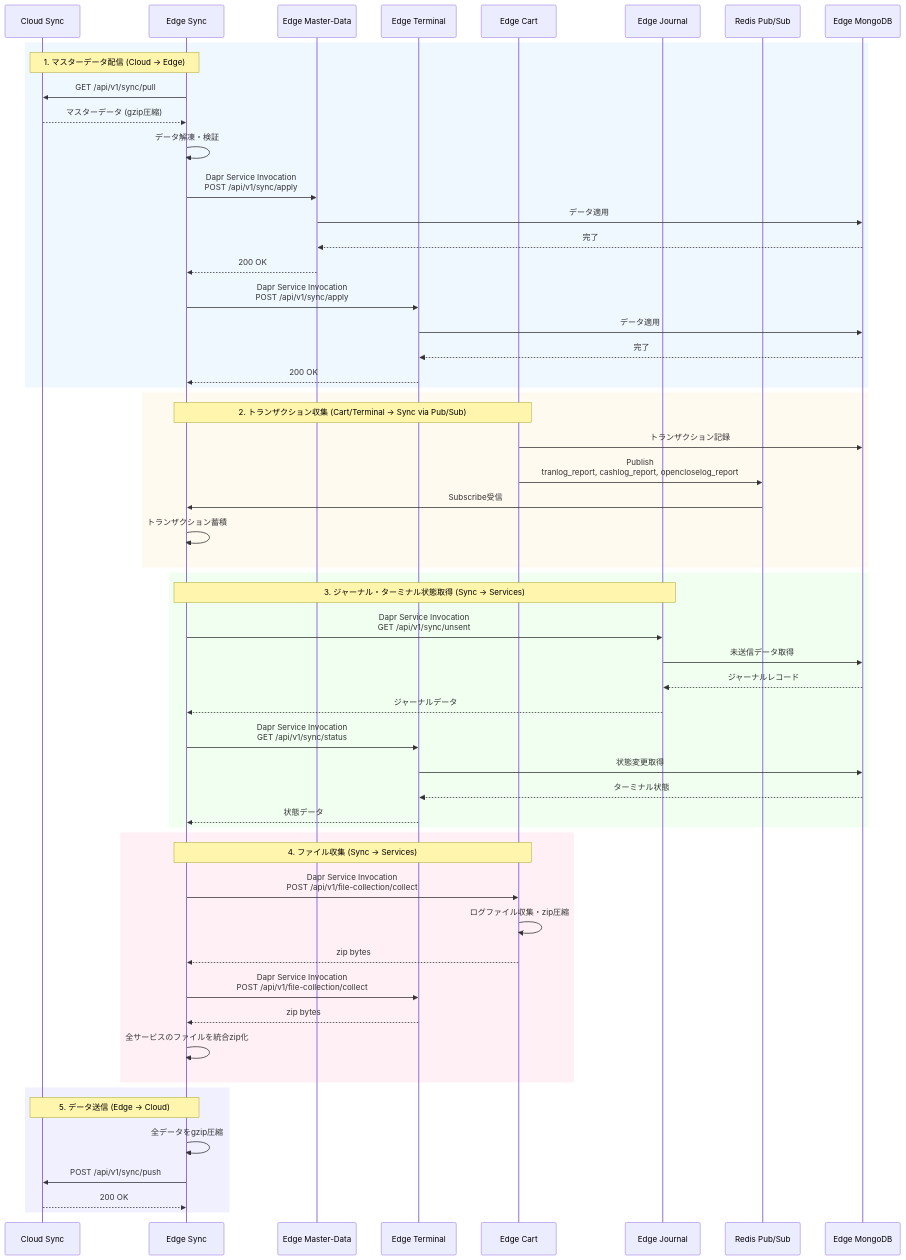
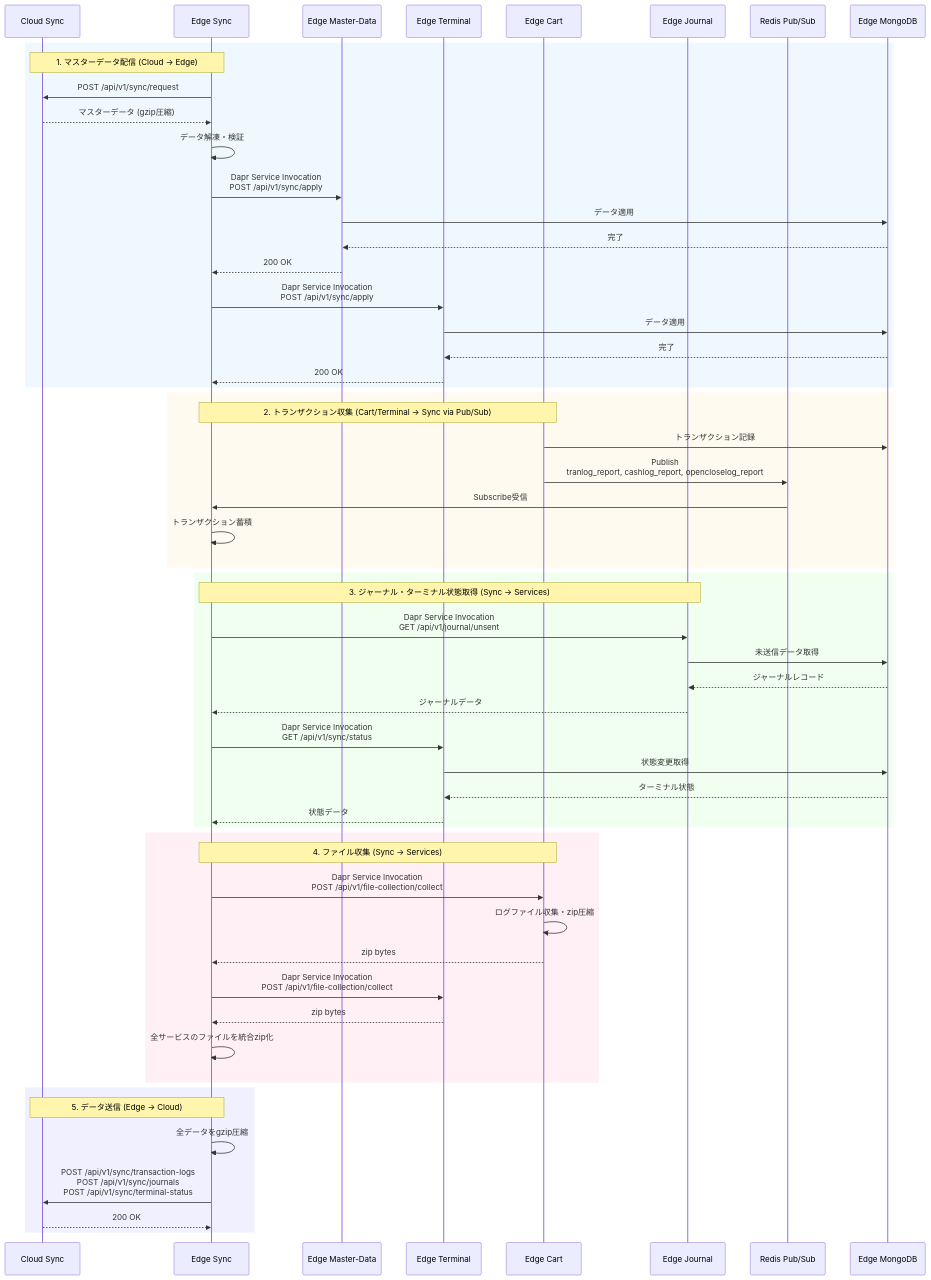
Diagram 27 of 32 in notes/1-sync/03_アーキテクチャー解説書.md (gaocuiping/kugelpos-stpos-docs-new), drawn with Mermaid before and after one commit. The commit also changed other lines of this file and 1 other file, not shown here.

First line of the commit message:
docs: Sync Serviceのエンドポイントをすべて/api/v1/syncプレフィックスに統一 #1

````diff
--- a/notes/1-sync/03_アーキテクチャー解説書.md
+++ b/notes/1-sync/03_アーキテクチャー解説書.md
@@ -1564,74 +1564,74 @@
 ```mermaid
 sequenceDiagram
     participant CloudSync as Cloud Sync
     participant EdgeSync as Edge Sync
     participant EdgeMD as Edge Master-Data
     participant EdgeTerm as Edge Terminal
     participant EdgeCart as Edge Cart
     participant EdgeJournal as Edge Journal
     participant PubSub as Redis Pub/Sub
     participant EdgeDB as Edge MongoDB
 
     rect rgb(240, 248, 255)
         Note over CloudSync,EdgeSync: 1. マスターデータ配信 (Cloud → Edge)
 
-        EdgeSync->>CloudSync: GET /api/v1/sync/pull
+        EdgeSync->>CloudSync: POST /api/v1/sync/request
         CloudSync-->>EdgeSync: マスターデータ (gzip圧縮)
 
         EdgeSync->>EdgeSync: データ解凍・検証
 
         EdgeSync->>EdgeMD: Dapr Service Invocation<br/>POST /api/v1/sync/apply
         EdgeMD->>EdgeDB: データ適用
         EdgeDB-->>EdgeMD: 完了
         EdgeMD-->>EdgeSync: 200 OK
 
         EdgeSync->>EdgeTerm: Dapr Service Invocation<br/>POST /api/v1/sync/apply
         EdgeTerm->>EdgeDB: データ適用
         EdgeDB-->>EdgeTerm: 完了
         EdgeTerm-->>EdgeSync: 200 OK
     end
 
     rect rgb(255, 250, 240)
         Note over EdgeCart,EdgeSync: 2. トランザクション収集 (Cart/Terminal → Sync via Pub/Sub)
 
         EdgeCart->>EdgeDB: トランザクション記録
         EdgeCart->>PubSub: Publish<br/>tranlog_report, cashlog_report, opencloselog_report
         PubSub->>EdgeSync: Subscribe受信
         EdgeSync->>EdgeSync: トランザクション蓄積
     end
 
     rect rgb(240, 255, 240)
         Note over EdgeSync,EdgeJournal: 3. ジャーナル・ターミナル状態取得 (Sync → Services)
 
-        EdgeSync->>EdgeJournal: Dapr Service Invocation<br/>GET /api/v1/sync/unsent
+        EdgeSync->>EdgeJournal: Dapr Service Invocation<br/>GET /api/v1/journal/unsent
         EdgeJournal->>EdgeDB: 未送信データ取得
         EdgeDB-->>EdgeJournal: ジャーナルレコード
         EdgeJournal-->>EdgeSync: ジャーナルデータ
 
         EdgeSync->>EdgeTerm: Dapr Service Invocation<br/>GET /api/v1/sync/status
         EdgeTerm->>EdgeDB: 状態変更取得
         EdgeDB-->>EdgeTerm: ターミナル状態
         EdgeTerm-->>EdgeSync: 状態データ
     end
 
     rect rgb(255, 240, 245)
         Note over EdgeSync,EdgeCart: 4. ファイル収集 (Sync → Services)
 
         EdgeSync->>EdgeCart: Dapr Service Invocation<br/>POST /api/v1/file-collection/collect
         EdgeCart->>EdgeCart: ログファイル収集・zip圧縮
         EdgeCart-->>EdgeSync: zip bytes
 
         EdgeSync->>EdgeTerm: Dapr Service Invocation<br/>POST /api/v1/file-collection/collect
         EdgeTerm-->>EdgeSync: zip bytes
 
         EdgeSync->>EdgeSync: 全サービスのファイルを統合zip化
     end
 
     rect rgb(240, 240, 255)
         Note over EdgeSync,CloudSync: 5. データ送信 (Edge → Cloud)
 
         EdgeSync->>EdgeSync: 全データをgzip圧縮
-        EdgeSync->>CloudSync: POST /api/v1/sync/push
+        EdgeSync->>CloudSync: POST /api/v1/sync/transaction-logs<br/>POST /api/v1/sync/journals<br/>POST /api/v1/sync/terminal-status
         CloudSync-->>EdgeSync: 200 OK
     end
 ```
````
